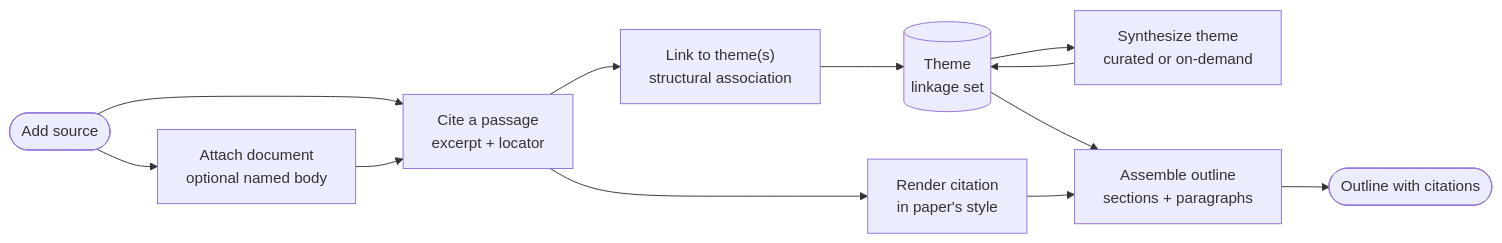
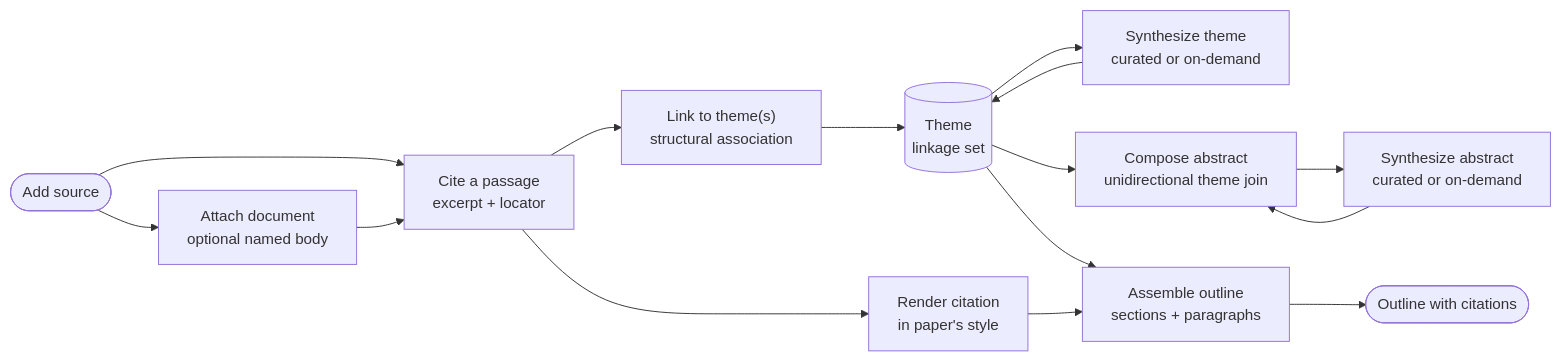
The diagram in docs/core-domain-distillation.md (Ashatz/tiferet-lit-review), drawn with Mermaid before and after one commit. The commit also changed other lines of this file and 1 other file, not shown here.

First line of the commit message:
Hotfix: Add abstract composition to domain vision and distillation

````diff
--- a/docs/core-domain-distillation.md
+++ b/docs/core-domain-distillation.md
@@ -338,14 +387,17 @@
 ```mermaid
 flowchart LR
   SRC([Add source]) --> ATT["Attach document<br/>optional named body"]
   SRC --> CITE["Cite a passage<br/>excerpt + locator"]
   ATT --> CITE
   CITE --> LINK["Link to theme(s)<br/>structural association"]
   LINK --> THEME[("Theme<br/>linkage set")]
   THEME --> SYNTH["Synthesize theme<br/>curated or on-demand"]
   SYNTH --> THEME
+  THEME --> ABS["Compose abstract<br/>unidirectional theme join"]
+  ABS --> ABSYN["Synthesize abstract<br/>curated or on-demand"]
+  ABSYN --> ABS
   THEME --> ASM["Assemble outline<br/>sections + paragraphs"]
   CITE --> REND["Render citation<br/>in paper's style"]
   REND --> ASM
   ASM --> OUT([Outline with citations])
 ```
````
